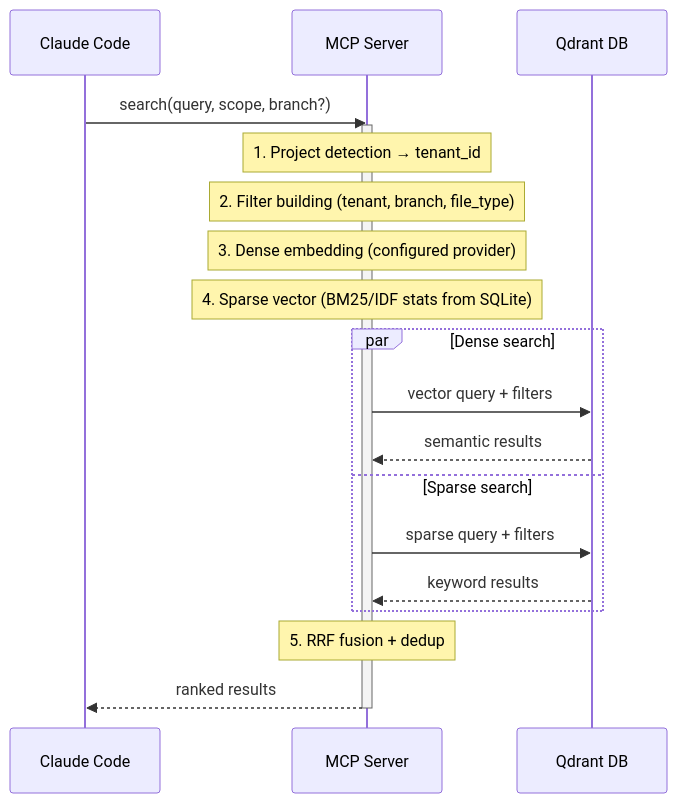
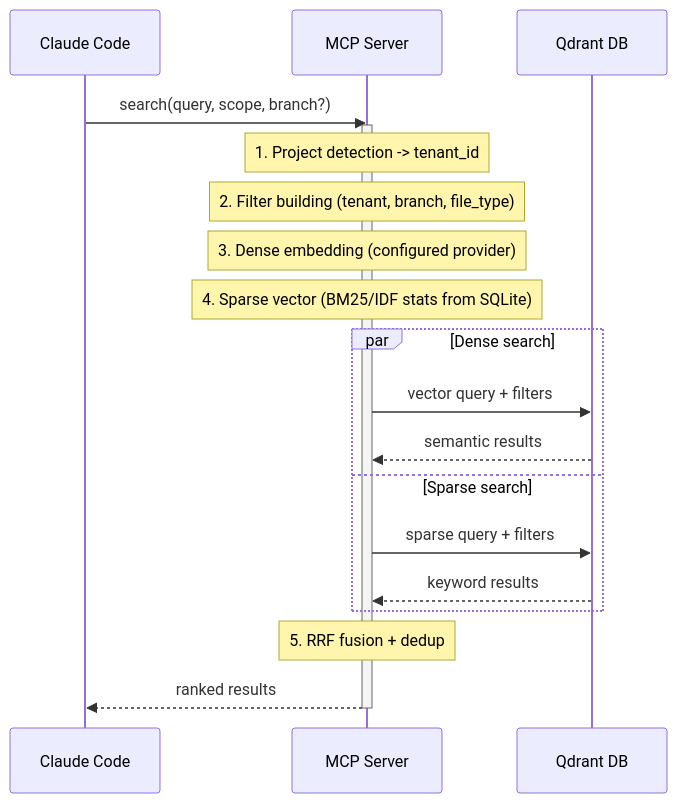
Before and after one commit to ChrisGVE/workspace-qdrant-mcp: the fifth of 5 diagrams in docs/ARCHITECTURE.md, drawn with Mermaid. The commit also changed other lines of this file and 41 other files, not shown here.

````diff
--- a/docs/ARCHITECTURE.md
+++ b/docs/ARCHITECTURE.md
@@ -417,26 +417,26 @@
 ```mermaid
 sequenceDiagram
     participant Claude as Claude Code
     participant MCP as MCP Server
     participant Qdrant as Qdrant DB
 
     Claude->>MCP: search(query, scope, branch?)
 
     activate MCP
-    Note over MCP: 1. Project detection → tenant_id
+    Note over MCP: 1. Project detection -> tenant_id
     Note over MCP: 2. Filter building (tenant, branch, file_type)
     Note over MCP: 3. Dense embedding (configured provider)
     Note over MCP: 4. Sparse vector (BM25/IDF stats from SQLite)
 
     par Dense search
         MCP->>Qdrant: vector query + filters
         Qdrant-->>MCP: semantic results
     and Sparse search
         MCP->>Qdrant: sparse query + filters
         Qdrant-->>MCP: keyword results
     end
 
     Note over MCP: 5. RRF fusion + dedup
     MCP-->>Claude: ranked results
     deactivate MCP
 ```
````
